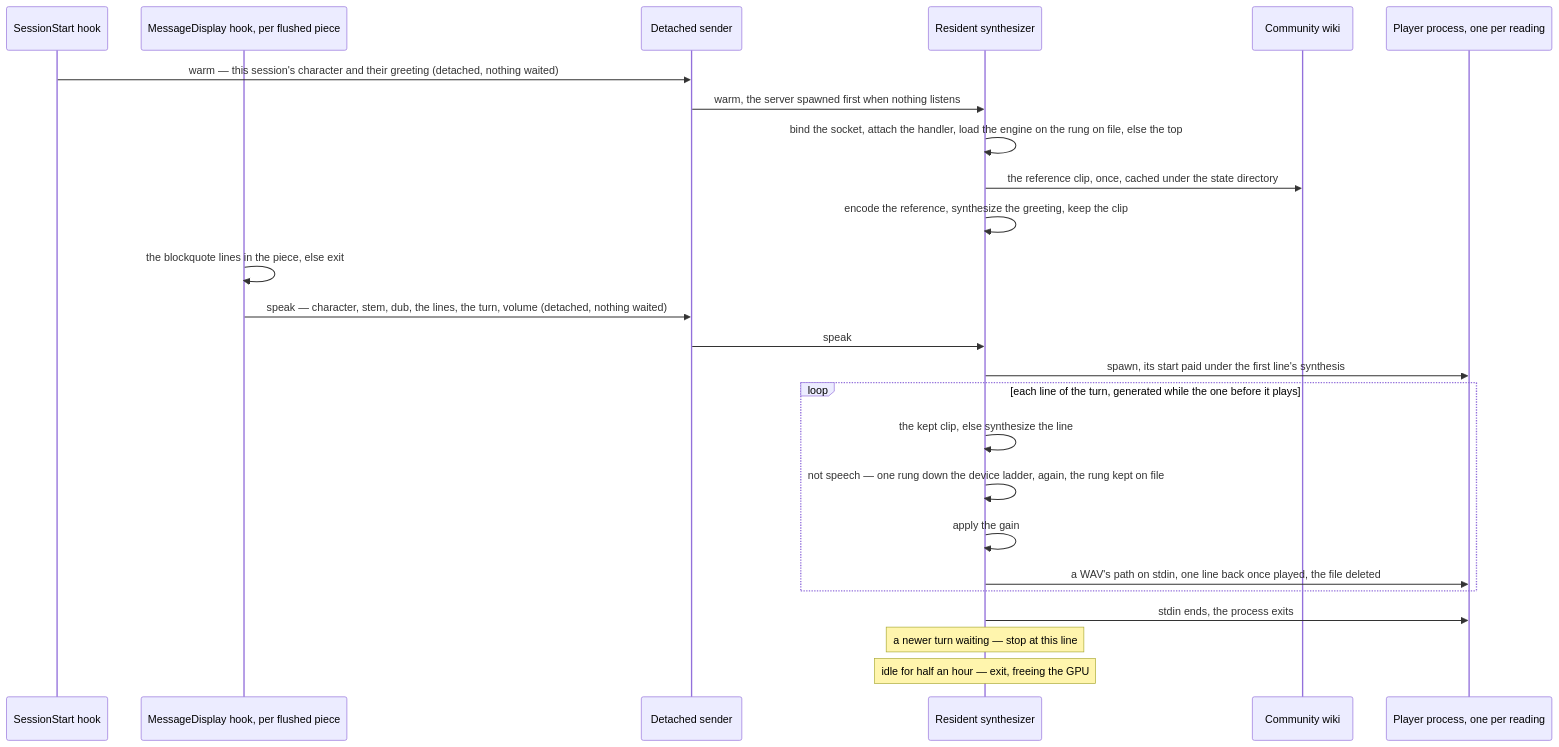
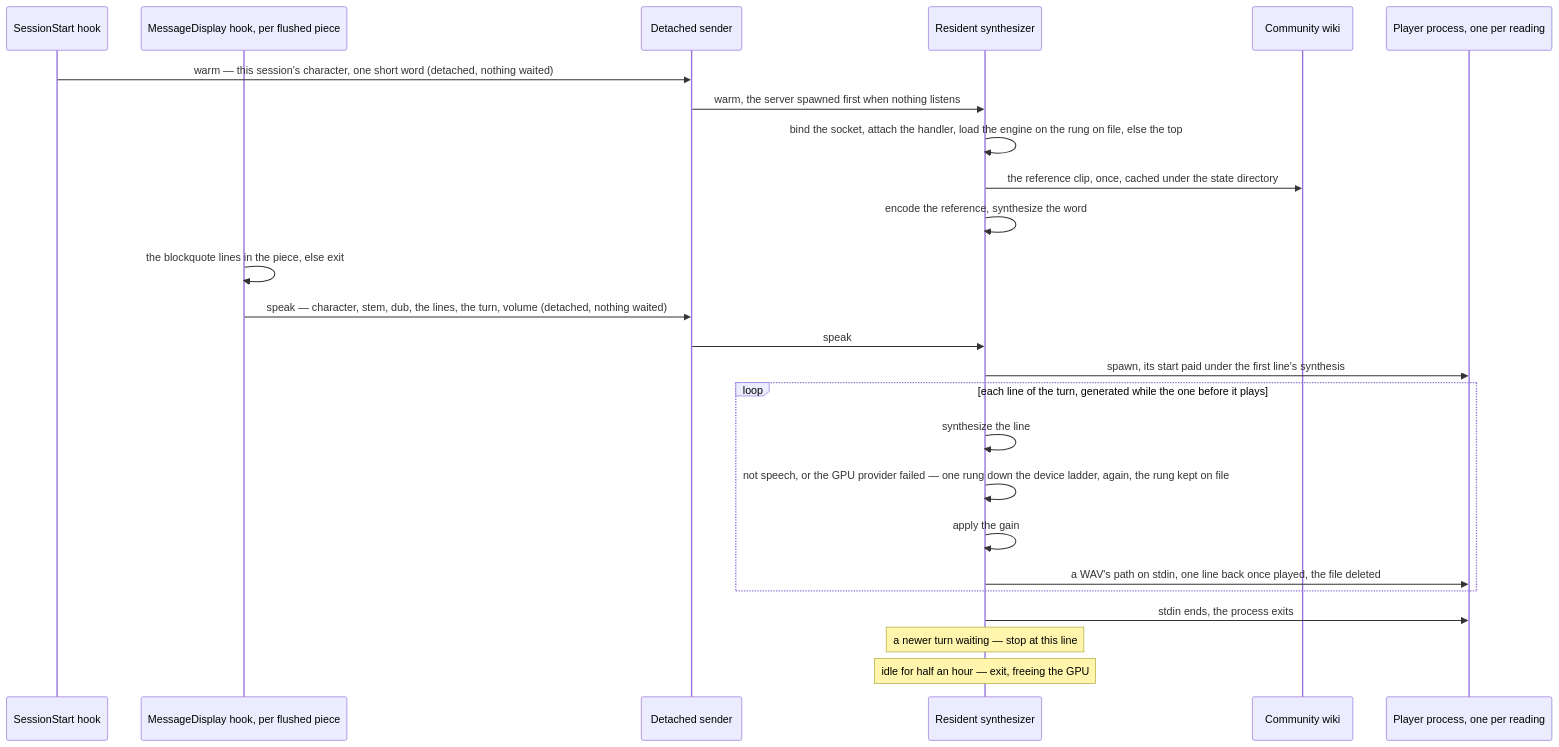
One commit to Esposter/Esposter changed the first of 3 diagrams in apps/web/content/docs/infra/claude-interface/spoken-replies.md. Above: the diagram before and after it, drawn with Mermaid. The commit also changed other lines of this file and 10 other files, not shown here.

````diff
--- a/apps/web/content/docs/infra/claude-interface/spoken-replies.md
+++ b/apps/web/content/docs/infra/claude-interface/spoken-replies.md
@@ -20,28 +20,28 @@
 ```mermaid
 sequenceDiagram
     participant Start as SessionStart hook
     participant Display as MessageDisplay hook, per flushed piece
     participant Sender as Detached sender
     participant Server as Resident synthesizer
     participant Wiki as Community wiki
     participant Player as Player process, one per reading
 
-    Start->>Sender: warm — this session's character and their greeting (detached, nothing waited)
+    Start->>Sender: warm — this session's character, one short word (detached, nothing waited)
     Sender->>Server: warm, the server spawned first when nothing listens
     Server->>Server: bind the socket, attach the handler, load the engine on the rung on file, else the top
     Server->>Wiki: the reference clip, once, cached under the state directory
-    Server->>Server: encode the reference, synthesize the greeting, keep the clip
+    Server->>Server: encode the reference, synthesize the word
     Display->>Display: the blockquote lines in the piece, else exit
     Display->>Sender: speak — character, stem, dub, the lines, the turn, volume (detached, nothing waited)
     Sender->>Server: speak
     Server->>Player: spawn, its start paid under the first line's synthesis
     loop each line of the turn, generated while the one before it plays
-        Server->>Server: the kept clip, else synthesize the line
-        Server->>Server: not speech — one rung down the device ladder, again, the rung kept on file
+        Server->>Server: synthesize the line
+        Server->>Server: not speech, or the GPU provider failed — one rung down the device ladder, again, the rung kept on file
         Server->>Server: apply the gain
         Server->>Player: a WAV's path on stdin, one line back once played, the file deleted
     end
     Server->>Player: stdin ends, the process exits
     Note over Server: a newer turn waiting — stop at this line
     Note over Server: idle for half an hour — exit, freeing the GPU
 ```
````
